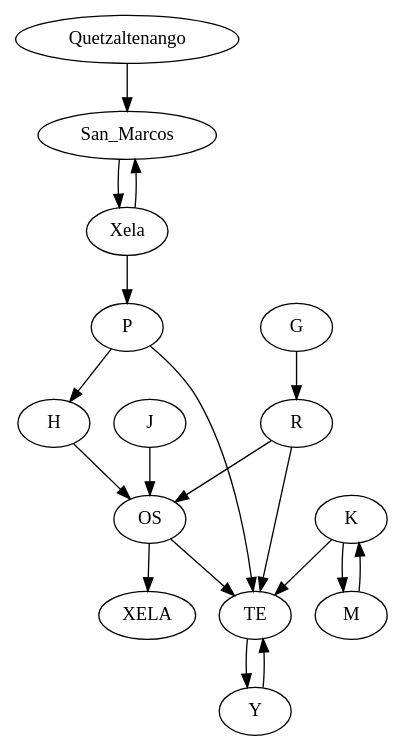
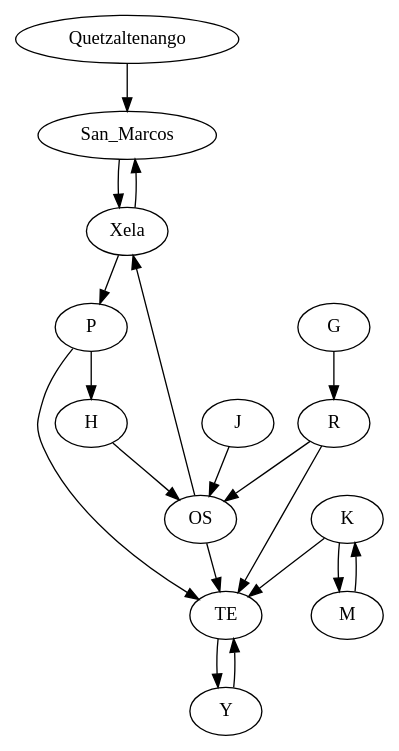
The diagram in MapaIA/src/main/resources/Grafo/grafo.dot (Marito-R-T/Mapa), drawn with Graphviz before and after one commit. The commit also changed 15 other files, not shown here.

```diff
--- a/MapaIA/src/main/resources/Grafo/grafo.dot
+++ b/MapaIA/src/main/resources/Grafo/grafo.dot
@@ -1,20 +1,20 @@
 digraph G {
 Quetzaltenango -> San_Marcos;
 San_Marcos -> Xela;
 Xela -> San_Marcos;
 Xela -> P;
 P -> H;
 H -> OS;
-OS -> XELA;
+OS -> Xela;
 J -> OS;
 R -> OS;
 R -> TE;
 P -> TE;
 K -> TE;
 M -> K;
 K -> M;
 OS -> TE;
 Y -> TE;
 TE -> Y;
 G -> R;
 }
```
